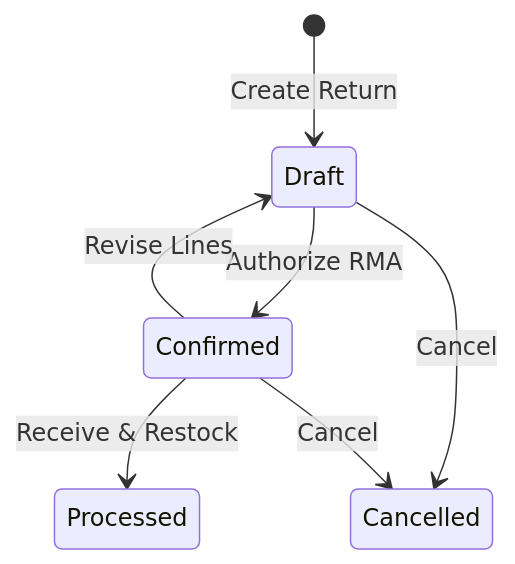
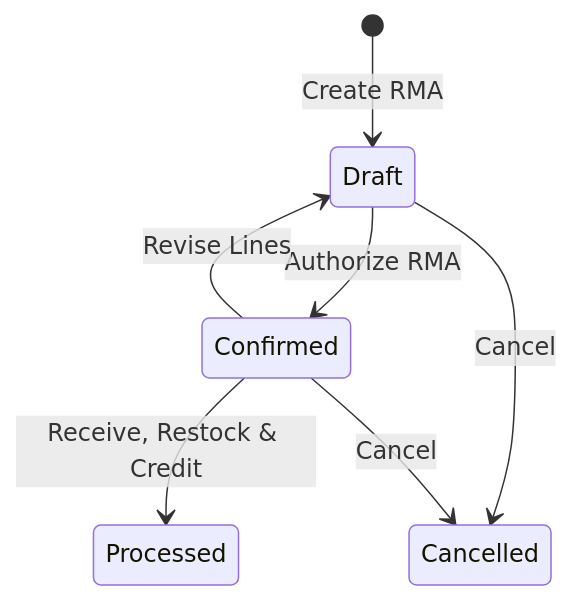
Before and after one commit to herobmdotcom/herobm: the diagram in docs/user/sales_returns.md, drawn with Mermaid. The commit also changed other lines of this file and 168 other files, not shown here.

````diff
--- a/docs/user/sales_returns.md
+++ b/docs/user/sales_returns.md
@@ -40,9 +47,9 @@
 ```mermaid
 stateDiagram-v2
-    [*] --> Draft : Create Return
+    [*] --> Draft : Create RMA
     Draft --> Confirmed : Authorize RMA
-    Confirmed --> Processed : Receive & Restock
+    Confirmed --> Processed : Receive, Restock & Credit
     Confirmed --> Draft : Revise Lines
     Draft --> Cancelled : Cancel
     Confirmed --> Cancelled : Cancel
 ```
````
